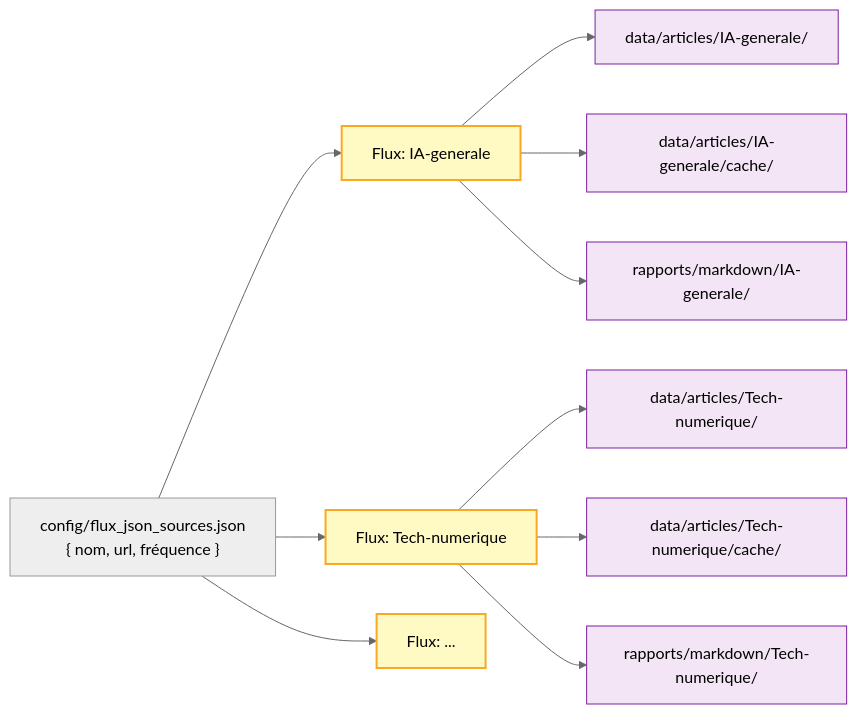
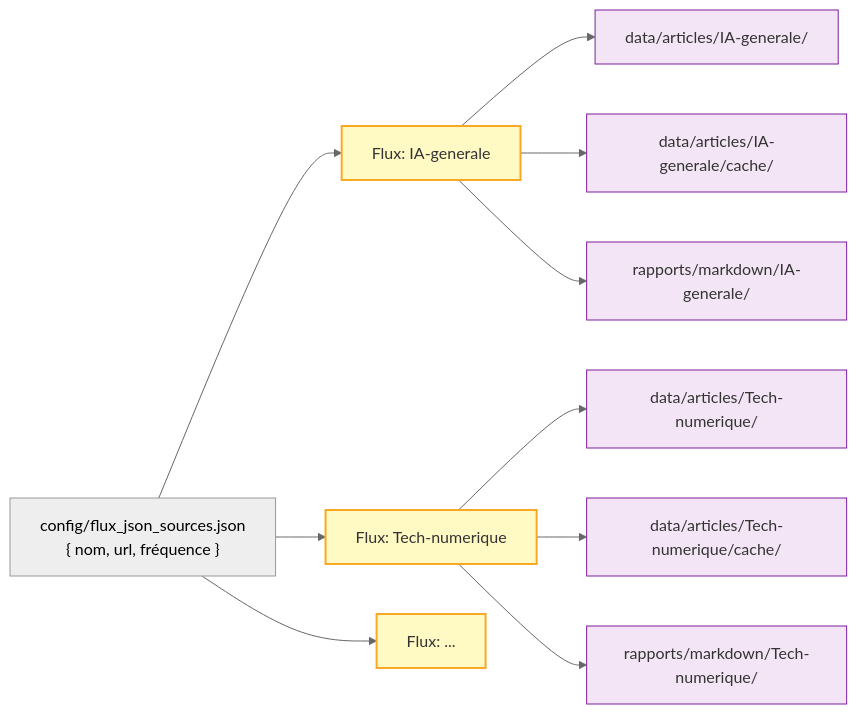
The second of 11 diagrams in docs/ARCHITECTURE.md (pat-the-geek/WUDD.ai), drawn with Mermaid (neutral theme) before and after one commit. The commit also changed other lines of this file and 7 other files, not shown here.

First line of the commit message:
fix(mermaid): correction couleurs classDef selon luminance WCAG

````diff
--- a/docs/ARCHITECTURE.md
+++ b/docs/ARCHITECTURE.md
@@ -153,17 +153,17 @@
 ```mermaid
 flowchart LR
     CFG["config/flux_json_sources.json\n{ nom, url, fréquence }"]
     CFG --> S1["Flux: IA-generale"]
     CFG --> S2["Flux: Tech-numerique"]
     CFG --> SN["Flux: ..."]
     S1 --> D1["data/articles/IA-generale/"]
     S1 --> C1["data/articles/IA-generale/cache/"]
     S1 --> R1["rapports/markdown/IA-generale/"]
     S2 --> D2["data/articles/Tech-numerique/"]
     S2 --> C2["data/articles/Tech-numerique/cache/"]
     S2 --> R2["rapports/markdown/Tech-numerique/"]
-    classDef flux fill:#fff9c4,stroke:#f9a825,stroke-width:2px
-    classDef data fill:#f3e5f5,stroke:#7b1fa2,stroke-width:1px
+    classDef flux fill:#fff9c4,stroke:#f9a825,stroke-width:2px,color:#333333
+    classDef data fill:#f3e5f5,stroke:#7b1fa2,stroke-width:1px,color:#333333
     class S1,S2,SN flux
     class D1,D2,C1,C2,R1,R2 data
 ```
````
